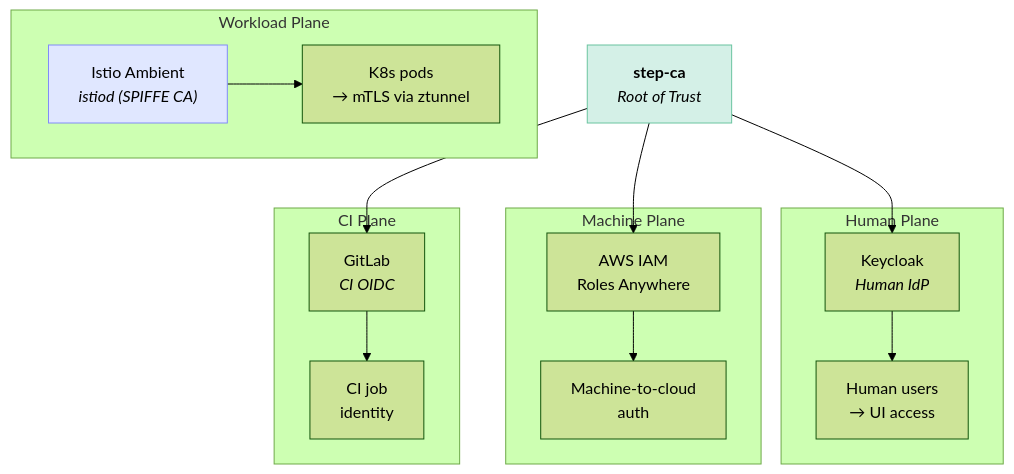
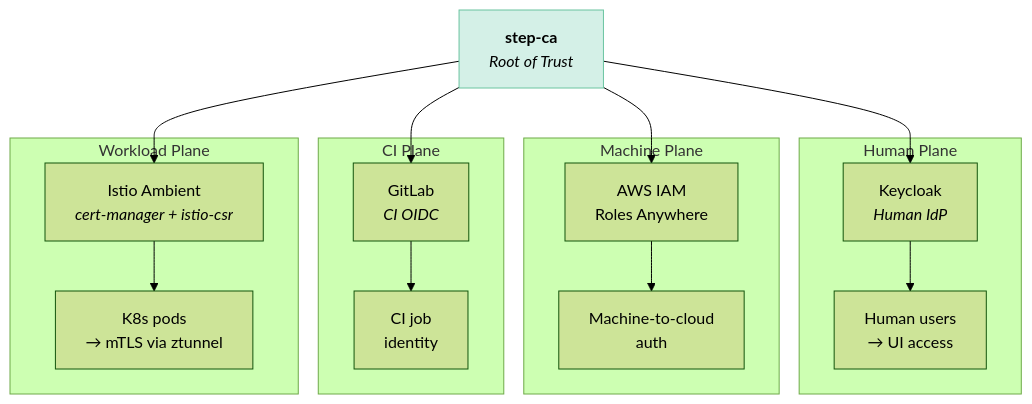
The first of 4 diagrams in docs/trust-model.md (shedrachokonofua/aether), drawn with Mermaid (forest theme) before and after one commit. The commit also changed other lines of this file and 4 other files, not shown here.

Commit message:
Integrate Istio Ambient CA with step-ca via cert-manager + step-issuer + istio-csr

````diff
--- a/docs/trust-model.md
+++ b/docs/trust-model.md
@@ -26,31 +26,31 @@
 ```mermaid
 flowchart TB
     StepCA["<b>step-ca</b><br/><i>Root of Trust</i>"]
 
     StepCA --> Keycloak
     StepCA --> AWS
     StepCA --> GitLab
+    StepCA --> Istio
 
     subgraph Human["Human Plane"]
         Keycloak["Keycloak<br/><i>Human IdP</i>"]
         Keycloak --> Users["Human users<br/>→ UI access"]
     end
 
     subgraph Machine["Machine Plane"]
         AWS["AWS IAM<br/>Roles Anywhere"]
         AWS --> M2C["Machine-to-cloud<br/>auth"]
     end
 
     subgraph CI["CI Plane"]
         GitLab["GitLab<br/><i>CI OIDC</i>"]
         GitLab --> Jobs["CI job<br/>identity"]
     end
 
     subgraph Workload["Workload Plane"]
-        Istio["Istio Ambient<br/><i>istiod (SPIFFE CA)</i>"]
+        Istio["Istio Ambient<br/><i>cert-manager + istio-csr</i>"]
         Istio --> Pods["K8s pods<br/>→ mTLS via ztunnel"]
     end
 
     style StepCA fill:#d4f0e7,stroke:#6ac4a0
-    style Istio fill:#e0e7ff,stroke:#818cf8
 ```
````
